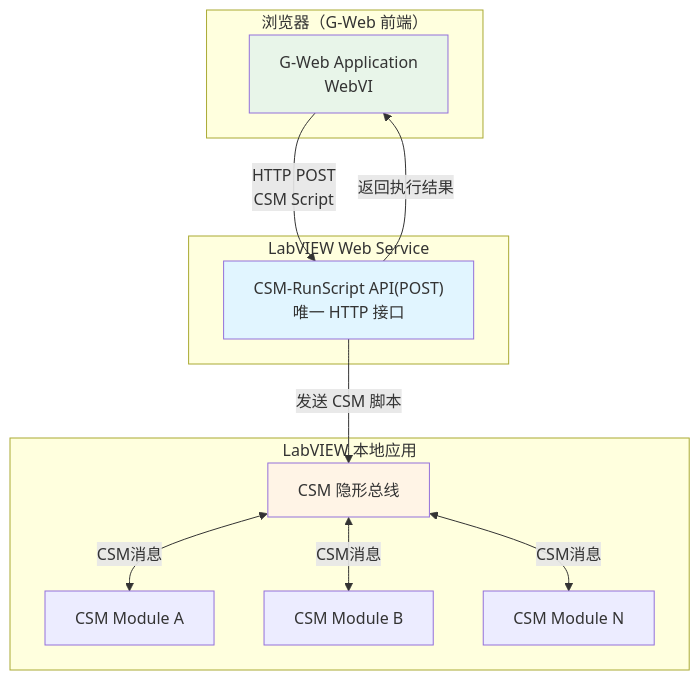
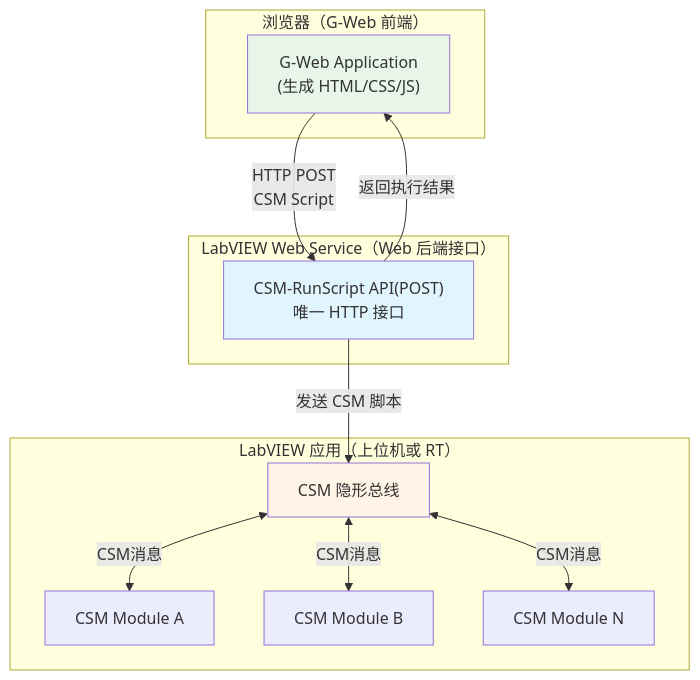
Before and after one commit to NEVSTOP-LAB/CSM-Wiki: the first of 4 diagrams in docs/examples/csm-gweb-development.md, drawn with Mermaid. The commit also changed other lines of this file, not shown here.

Commit message:
更新系统架构描述：修正RT说明、移除设计图、添加三层架构说明

````diff
--- a/docs/examples/csm-gweb-development.md
+++ b/docs/examples/csm-gweb-development.md
@@ -43,28 +43,28 @@
 ```mermaid
 graph TB
     subgraph "浏览器（G-Web 前端）"
-        GW[G-Web Application<br/>WebVI]
+        GW["G-Web Application<br/>(生成 HTML/CSS/JS)"]
     end
 
-    subgraph "LabVIEW Web Service"
+    subgraph "LabVIEW Web Service（Web 后端接口）"
         RS["CSM-RunScript API(POST)<br/>唯一 HTTP 接口"]
     end
 
-    subgraph "LabVIEW 本地应用"
+    subgraph "LabVIEW 应用（上位机或 RT）"
         Bus[CSM 隐形总线]
         M1[CSM Module A]
         M2[CSM Module B]
         MN[CSM Module N]
     end
 
     GW -->|HTTP POST<br/>CSM Script| RS
     RS -->|发送 CSM 脚本| Bus
     Bus <-->|CSM消息| M1
     Bus <-->|CSM消息| M2
     Bus <-->|CSM消息| MN
     RS -->|返回执行结果| GW
 
     style RS fill:#e1f5ff
     style Bus fill:#fff4e6
     style GW fill:#e8f5e9
 ```
````
